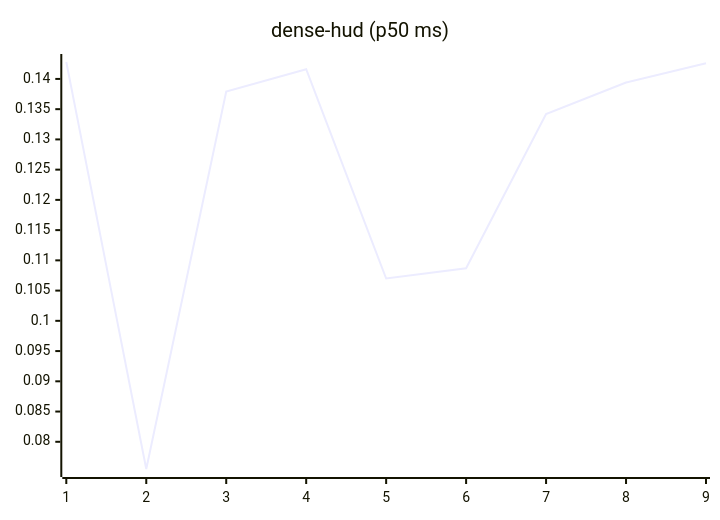
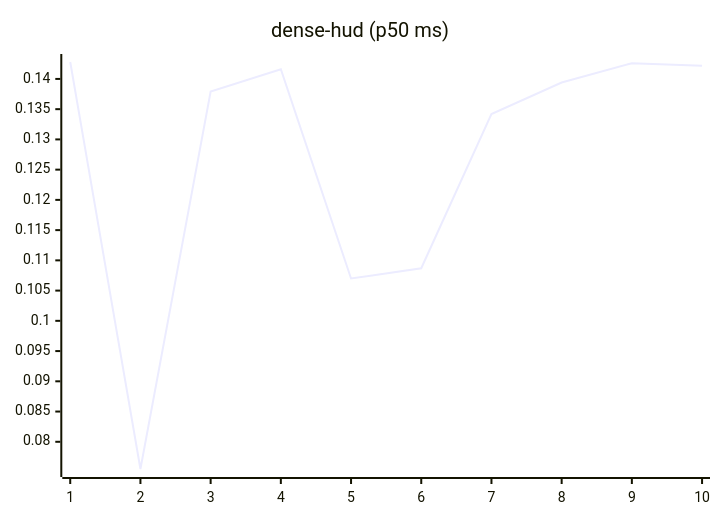
One commit to josha/Facet changed the eighth of 27 diagrams in README.md. Above: the diagram before and after it, drawn with Mermaid. The commit also changed other lines of this file and 2 other files, not shown here.

````diff
--- a/README.md
+++ b/README.md
@@ -112,6 +112,6 @@
 ```mermaid
 xychart-beta
     title "dense-hud (p50 ms)"
-    x-axis 1 --> 9
-    line [0.1428, 0.0755, 0.1379, 0.1416, 0.1070, 0.1087, 0.1342, 0.1394, 0.1426]
+    x-axis 1 --> 10
+    line [0.1428, 0.0755, 0.1379, 0.1416, 0.1070, 0.1087, 0.1342, 0.1394, 0.1426, 0.1422]
 ```
````
